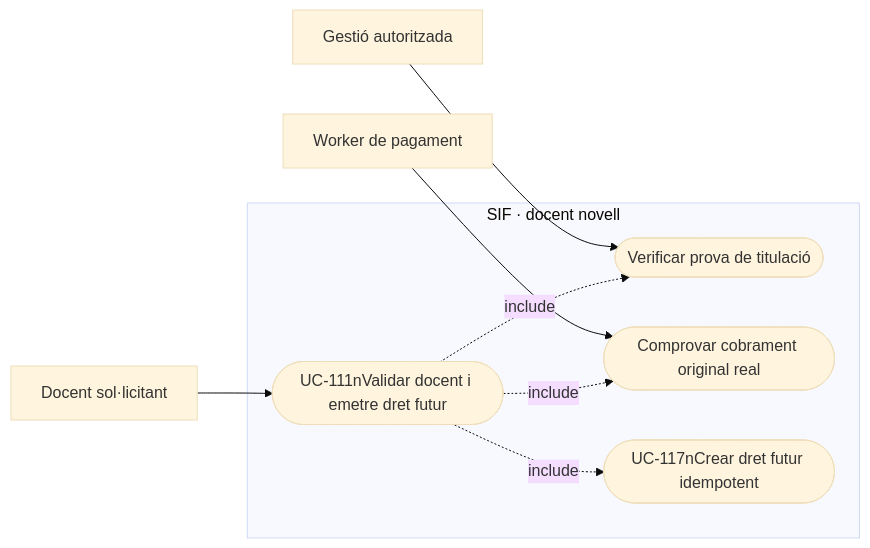
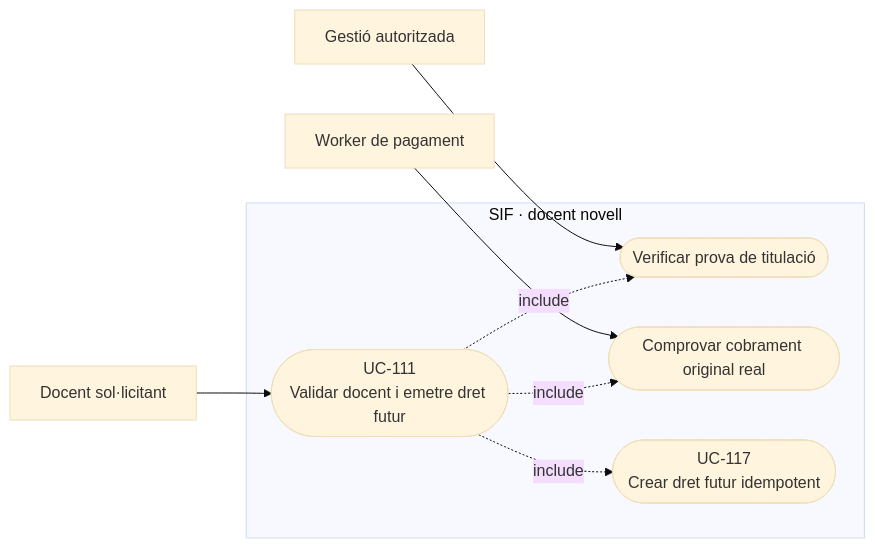
The second of 28 diagrams in documentacio/07-uml-integrat/uc-111-docent-novell-dret-futur.md (orgmeriemprismacat-del/verifactu), drawn with Mermaid (base theme) before and after one commit.

Commit message:
docs(uml): corregir salts Mermaid UC-111

````diff
--- a/documentacio/07-uml-integrat/uc-111-docent-novell-dret-futur.md
+++ b/documentacio/07-uml-integrat/uc-111-docent-novell-dret-futur.md
@@ -117,18 +117,18 @@
 ```mermaid
 flowchart LR
   a_0["Docent sol·licitant"]
   a_1["Gestió autoritzada"]
   a_2["Worker de pagament"]
   subgraph SIF_BOUNDARY["SIF · docent novell"]
-    u_0(["UC-111nValidar docent i emetre dret futur"])
+    u_0(["UC-111<br/>Validar docent i emetre dret futur"])
     u_1(["Verificar prova de titulació"])
     u_2(["Comprovar cobrament original real"])
-    u_3(["UC-117nCrear dret futur idempotent"])
+    u_3(["UC-117<br/>Crear dret futur idempotent"])
   end
   a_0 --> u_0
   a_1 --> u_1
   a_2 --> u_2
   u_0 -.->|include| u_1
   u_0 -.->|include| u_2
   u_0 -.->|include| u_3
 ```
````
